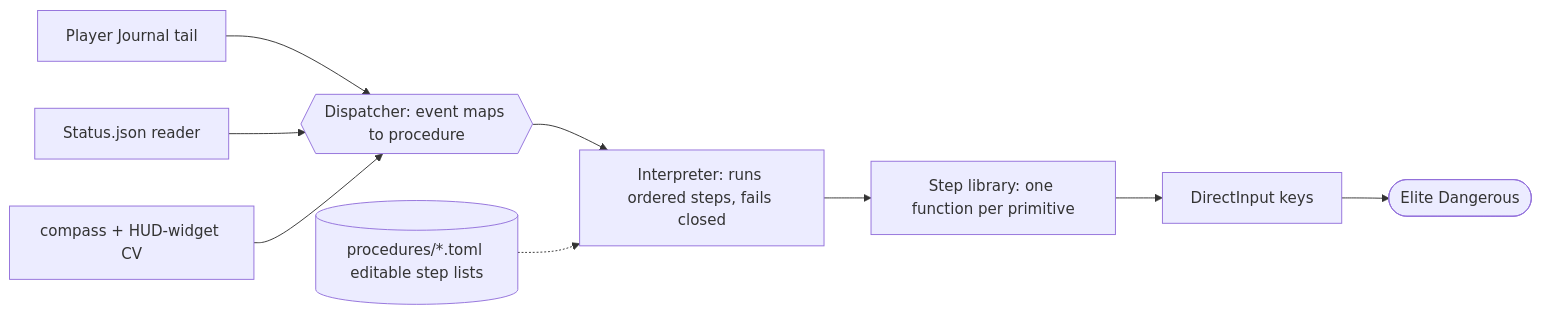
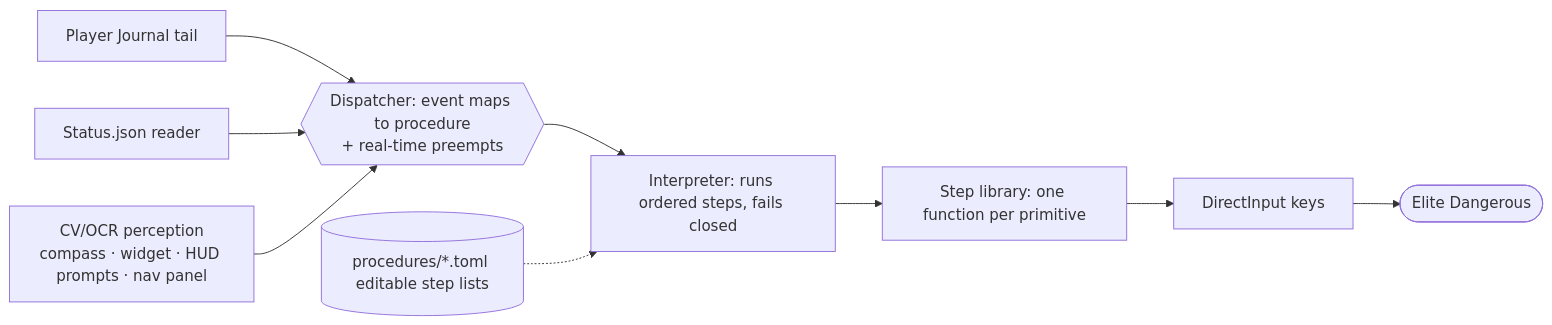
The second of 2 diagrams in README.md (Quadstronaut/ED-AFK), drawn with Mermaid before and after one commit. The commit also changed other lines of this file, not shown here.

````diff
--- a/README.md
+++ b/README.md
@@ -183,11 +191,11 @@
 ```mermaid
 flowchart LR
     journal[Player Journal tail] --> dispatcher
     status[Status.json reader] --> dispatcher
-    cv[compass + HUD-widget CV] --> dispatcher
-    dispatcher{{Dispatcher: event maps to procedure}} --> interpreter
+    cv[CV/OCR perception<br/>compass · widget · HUD prompts · nav panel] --> dispatcher
+    dispatcher{{Dispatcher: event maps to procedure<br/>+ real-time preempts}} --> interpreter
     interpreter[Interpreter: runs ordered steps, fails closed] --> steps[Step library: one function per primitive]
     steps --> keys[DirectInput keys]
     keys --> game([Elite Dangerous])
     procs[(procedures/*.toml editable step lists)] -.-> interpreter
 ```
````
